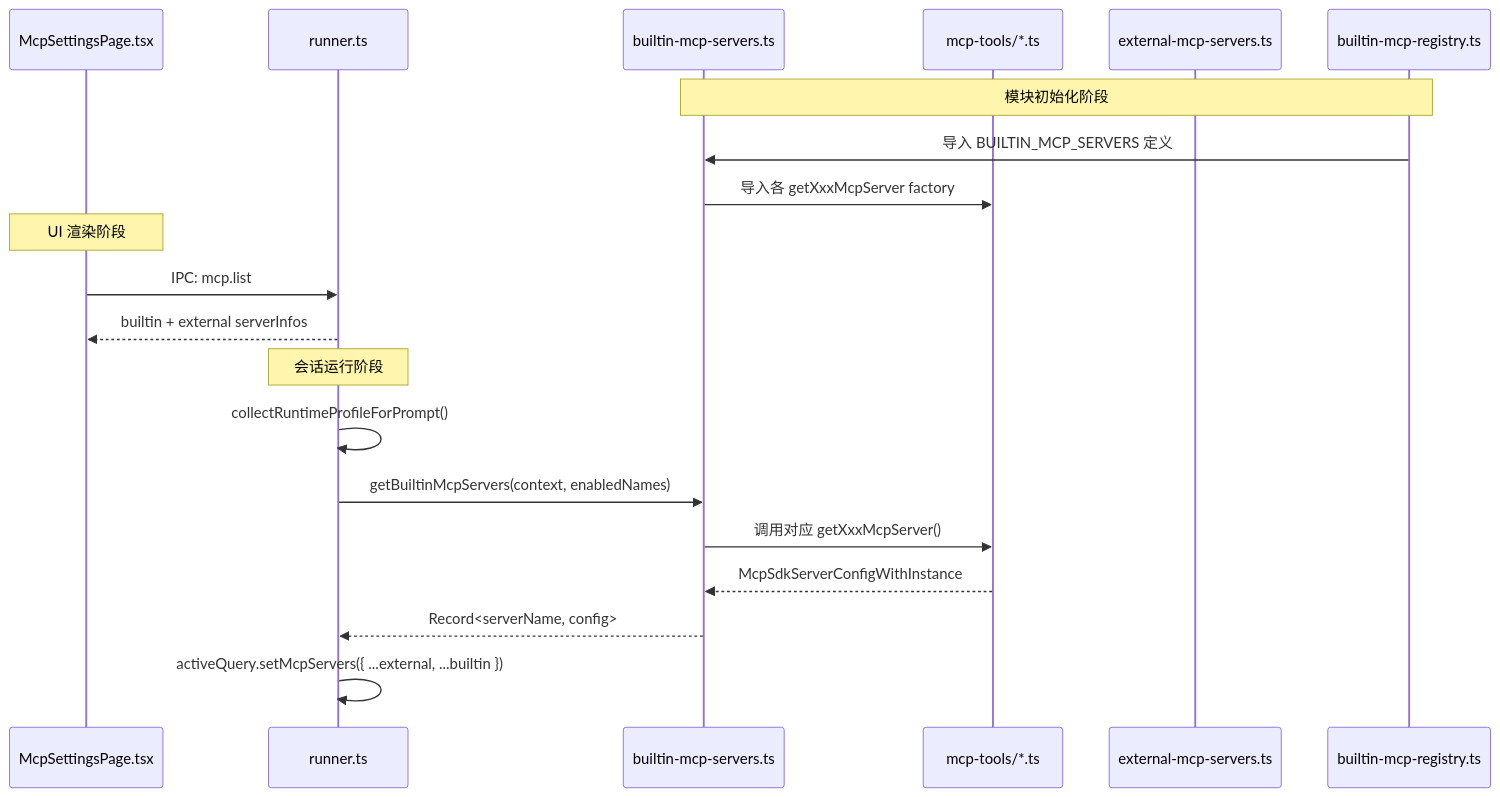
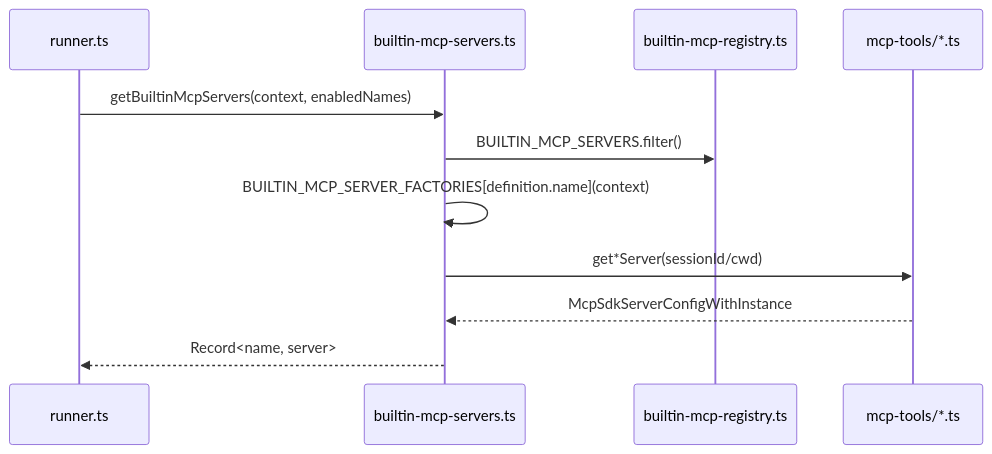
Before and after one commit to lst016/tech-cc-hub: the first of 3 diagrams in .tech/repowiki/zh/content/核心模块规格/MCP 工具系统总览/MCP 工具系统：builtin mcp servers.md, drawn with Mermaid. The commit also changed other lines of this file and 195 other files, not shown here.

````diff
--- a/.tech/repowiki/zh/content/核心模块规格/MCP 工具系统总览/MCP 工具系统：builtin mcp servers.md
+++ b/.tech/repowiki/zh/content/核心模块规格/MCP 工具系统总览/MCP 工具系统：builtin mcp servers.md
@@ -173,25 +182,14 @@
 ```mermaid
 sequenceDiagram
-    participant UI as McpSettingsPage.tsx
     participant Runner as runner.ts
-    participant Factory as builtin-mcp-servers.ts
-    participant ToolFiles as mcp-tools/*.ts
-    participant External as external-mcp-servers.ts
+    participant BMS as builtin-mcp-servers.ts
     participant Registry as builtin-mcp-registry.ts
+    participant Factories as mcp-tools/*.ts
 
-    Note over Factory,Registry: 模块初始化阶段
-    Registry->>Factory: 导入 BUILTIN_MCP_SERVERS 定义
-    Factory->>ToolFiles: 导入各 getXxxMcpServer factory
-
-    Note over UI: UI 渲染阶段
-    UI->>Runner: IPC: mcp.list
-    Runner-->>UI: builtin + external serverInfos
-
-    Note over Runner: 会话运行阶段
-    Runner->>Runner: collectRuntimeProfileForPrompt()
-    Runner->>Factory: getBuiltinMcpServers(context, enabledNames)
-    Factory->>ToolFiles: 调用对应 getXxxMcpServer()
-    ToolFiles-->>Factory: McpSdkServerConfigWithInstance
-    Factory-->>Runner: Record<serverName, config>
-    Runner->>Runner: activeQuery.setMcpServers({ ...external, ...builtin })
+    Runner->>BMS: getBuiltinMcpServers(context, enabledNames)
+    BMS->>Registry: BUILTIN_MCP_SERVERS.filter()
+    BMS->>BMS: BUILTIN_MCP_SERVER_FACTORIES[definition.name](context)
+    BMS->>Factories: get*Server(sessionId/cwd)
+    Factories-->>BMS: McpSdkServerConfigWithInstance
+    BMS-->>Runner: Record<name, server>
 ```
````
